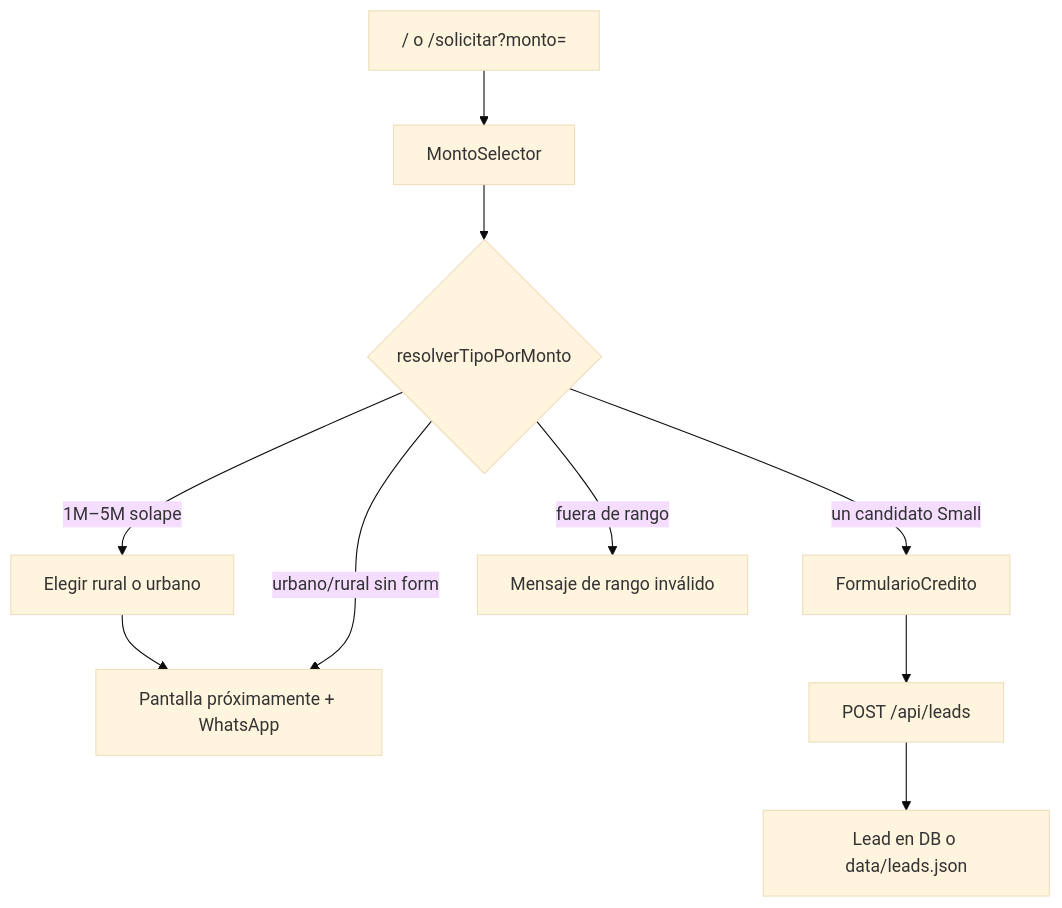
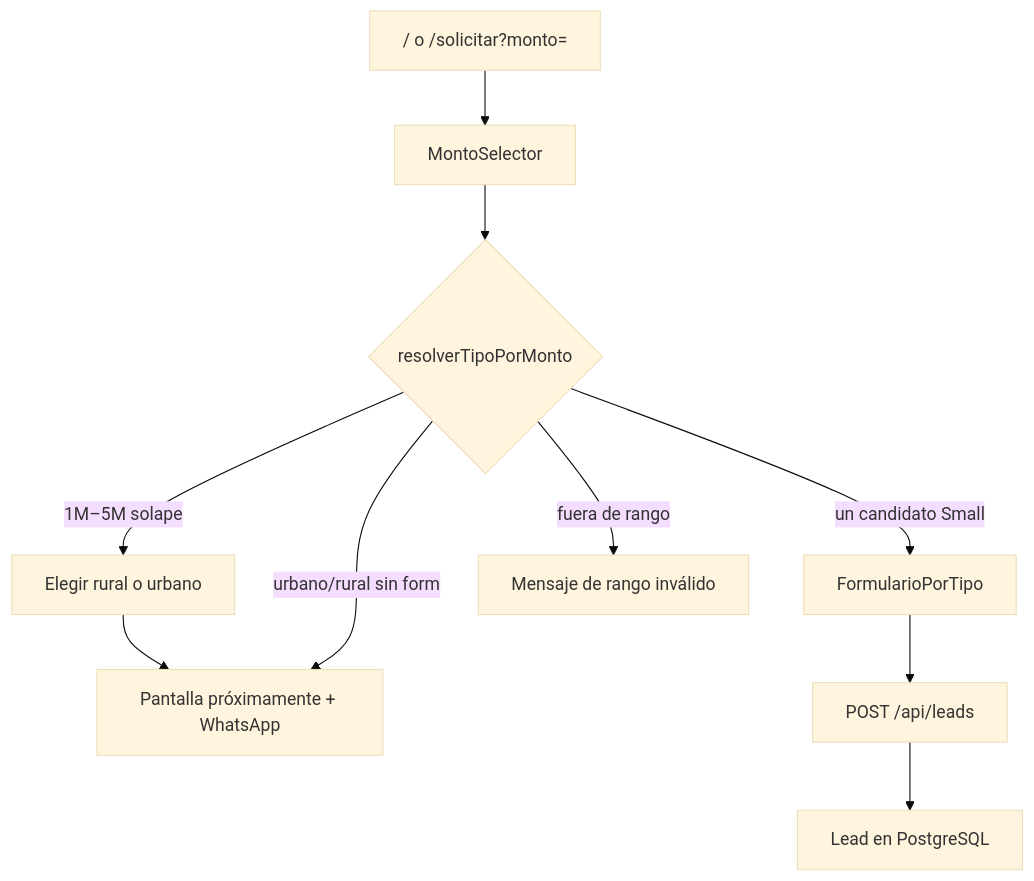
One commit to softwaredelco-code/Landing-Coodelsur changed the diagram in coodelsur-landing/docs/FLUJO_MONTO.md. Above: the diagram before and after it, drawn with Mermaid (base theme). The commit also changed other lines of this file and 61 other files, not shown here.

````diff
--- a/coodelsur-landing/docs/FLUJO_MONTO.md
+++ b/coodelsur-landing/docs/FLUJO_MONTO.md
@@ -23,12 +23,12 @@
 ```mermaid
 flowchart TD
   Entrada["/ o /solicitar?monto="] --> Selector["MontoSelector"]
   Selector --> Detect{"resolverTipoPorMonto"}
-  Detect -->|un candidato Small| Form["FormularioCredito"]
+  Detect -->|un candidato Small| Form["FormularioPorTipo"]
   Detect -->|1M–5M solape| Eleccion["Elegir rural o urbano"]
   Eleccion --> Prox["Pantalla próximamente + WhatsApp"]
   Detect -->|urbano/rural sin form| Prox
   Detect -->|fuera de rango| ErrorUi["Mensaje de rango inválido"]
   Form --> Api["POST /api/leads"]
-  Api --> Store["Lead en DB o data/leads.json"]
+  Api --> Store["Lead en PostgreSQL"]
 ```
````
